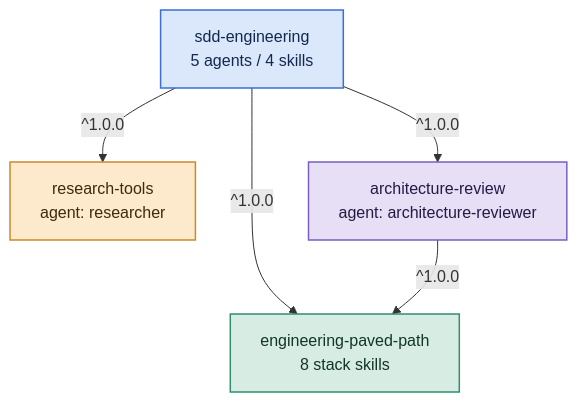
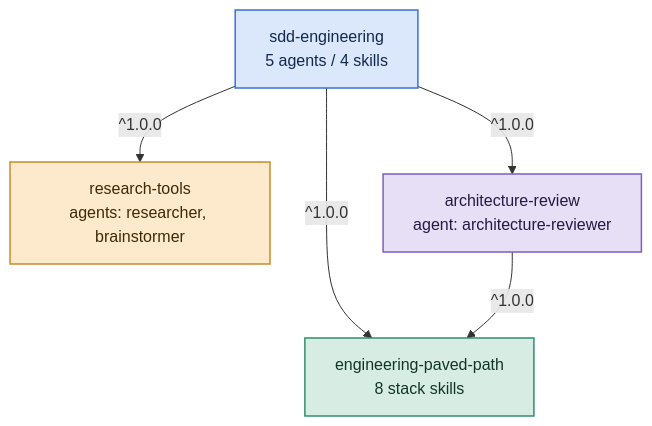
The first of 2 diagrams in docs/DEPENDENCIES.md (SyukPublic/ai-dev-toolkit), drawn with Mermaid before and after one commit. The commit also changed other lines of this file and 12 other files, not shown here.

````diff
--- a/docs/DEPENDENCIES.md
+++ b/docs/DEPENDENCIES.md
@@ -12,21 +12,21 @@
 ```mermaid
 flowchart TD
   SDD["sdd-engineering<br/>5 agents / 4 skills"]
   EPP["engineering-paved-path<br/>8 stack skills"]
-  RT["research-tools<br/>agent: researcher"]
+  RT["research-tools<br/>agents: researcher, brainstormer"]
   AR["architecture-review<br/>agent: architecture-reviewer"]
 
   SDD -->|"^1.0.0"| EPP
   SDD -->|"^1.0.0"| RT
   SDD -->|"^1.0.0"| AR
   AR  -->|"^1.0.0"| EPP
 
   classDef sdd fill:#dbe7fb,stroke:#3b6fd4,color:#12294f,stroke-width:1.5px;
   classDef epp fill:#d7ede4,stroke:#2f8f6f,color:#123527,stroke-width:1.5px;
   classDef rt  fill:#fdeacc,stroke:#c98a2b,color:#3d2a08,stroke-width:1.5px;
   classDef ar  fill:#e6dff5,stroke:#7a5fc0,color:#241a44,stroke-width:1.5px;
   class SDD sdd
   class EPP epp
   class RT rt
   class AR ar
 ```
````
